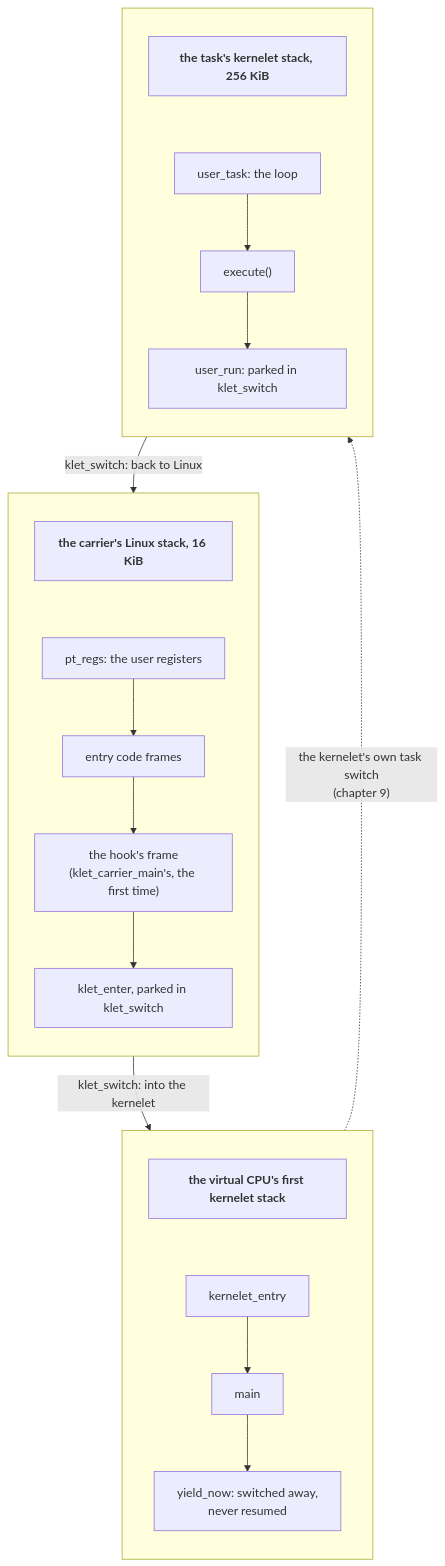
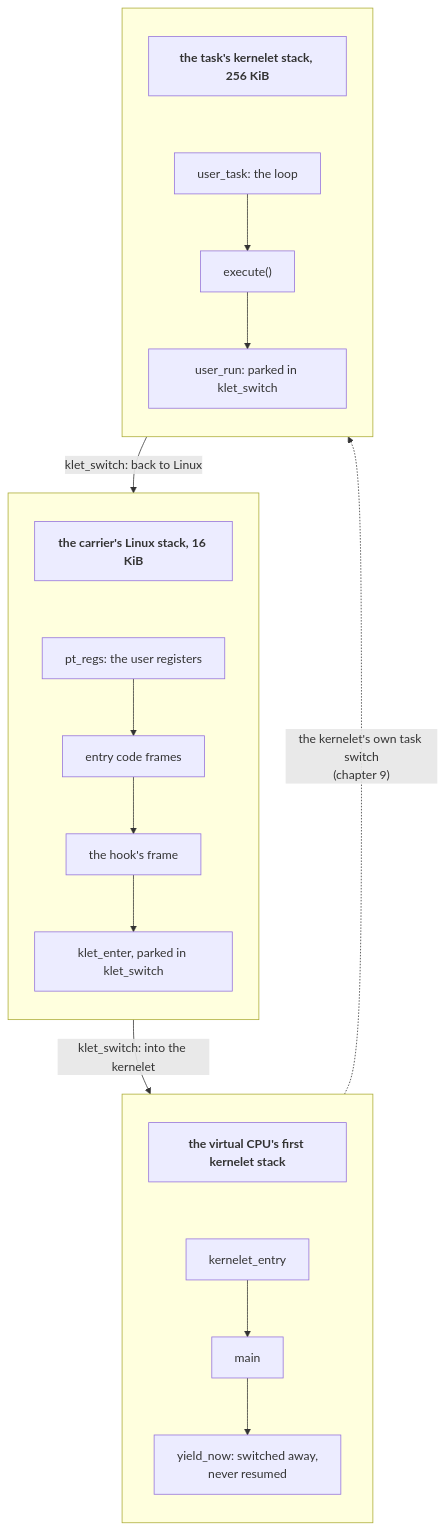
Before and after one commit to Plucky923/kernelet: the diagram in src/two-stacks.md, drawn with Mermaid. The commit also changed 9 other files, not shown here.

````diff
--- a/src/two-stacks.md
+++ b/src/two-stacks.md
@@ -17,18 +17,18 @@
 ```mermaid
 flowchart TB
     subgraph L[" "]
         direction TB
-        l0["<b>the carrier's Linux stack, 16 KiB</b>"] ~~~ l1["pt_regs: the user registers"] --> l2["entry code frames"] --> l3["the hook's frame<br/>(klet_carrier_main's, the first time)"] --> l4["klet_enter, parked in klet_switch"]
+        l0["<b>the carrier's Linux stack, 16 KiB</b>"] ~~~ l1["pt_regs: the user registers"] --> l2["entry code frames"] --> l3["the hook's frame"] --> l4["klet_enter, parked in klet_switch"]
     end
     subgraph B[" "]
         direction TB
         b0["<b>the virtual CPU's first kernelet stack</b>"] ~~~ b1["kernelet_entry"] --> b2["main"] --> b3["yield_now: switched away,<br/>never resumed"]
     end
     subgraph K[" "]
         direction TB
         k0["<b>the task's kernelet stack, 256 KiB</b>"] ~~~ k1["user_task: the loop"] --> k2["execute()"] --> k3["user_run: parked in klet_switch"]
     end
     L -- "klet_switch: into the kernelet" --> B
     B -. "the kernelet's own task switch<br/>(chapter 9)" .-> K
     K -- "klet_switch: back to Linux" --> L
 ```
````
